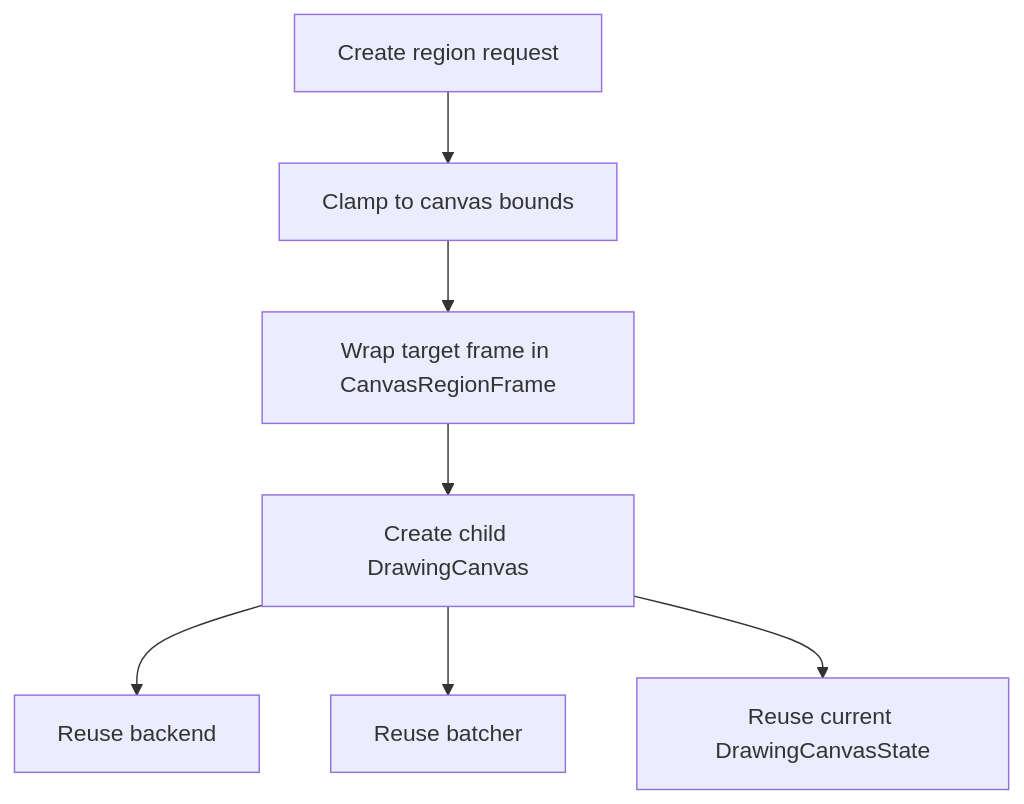
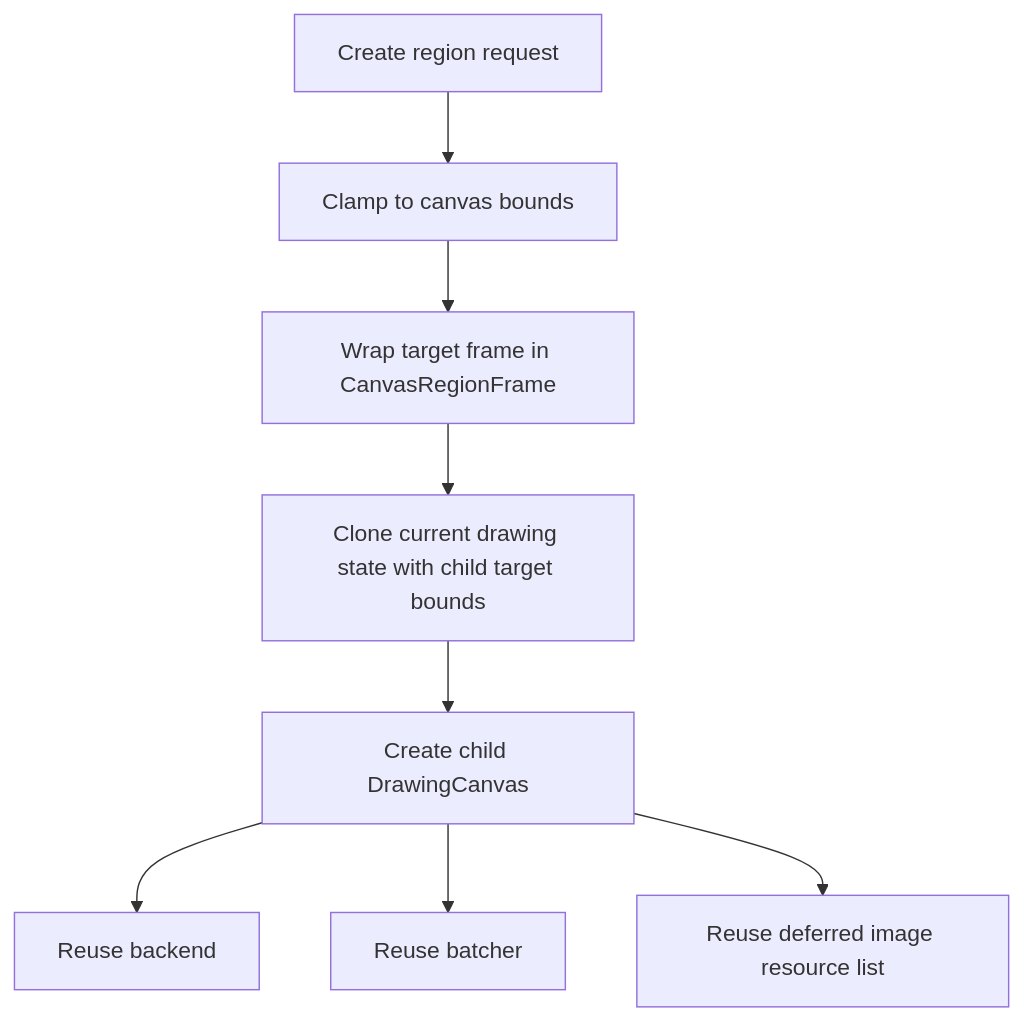
One commit to SixLabors/ImageSharp.Drawing changed the fourth of 6 diagrams in src/ImageSharp.Drawing/Processing/DRAWING_CANVAS.md. Above: the diagram before and after it, drawn with Mermaid. The commit also changed other lines of this file and 29 other files, not shown here.

````diff
--- a/src/ImageSharp.Drawing/Processing/DRAWING_CANVAS.md
+++ b/src/ImageSharp.Drawing/Processing/DRAWING_CANVAS.md
@@ -268,9 +265,10 @@
 ```mermaid
 flowchart TD
     A[Create region request] --> B[Clamp to canvas bounds]
     B --> C[Wrap target frame in CanvasRegionFrame]
-    C --> D[Create child DrawingCanvas]
-    D --> E[Reuse backend]
-    D --> F[Reuse batcher]
-    D --> G[Reuse current DrawingCanvasState]
+    C --> D[Clone current drawing state with child target bounds]
+    D --> E[Create child DrawingCanvas]
+    E --> F[Reuse backend]
+    E --> G[Reuse batcher]
+    E --> H[Reuse deferred image resource list]
 ```
````
